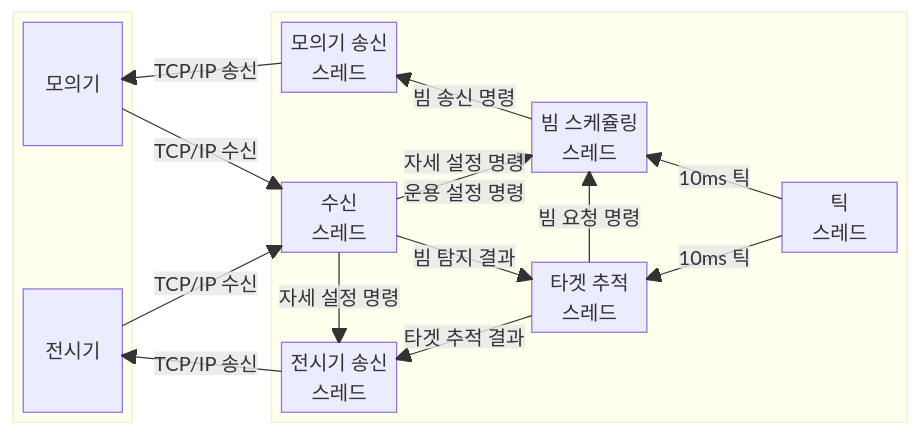
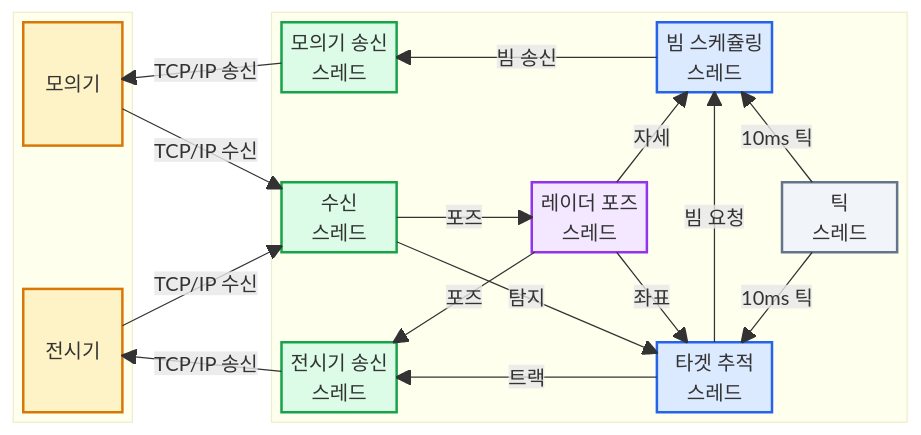
One commit to AESAlien/aesa-processor changed the second of 2 diagrams in README.md. Above: the diagram before and after it, drawn with Mermaid. The commit also changed other lines of this file and 114 other files, not shown here.

````diff
--- a/README.md
+++ b/README.md
@@ -36,34 +49,48 @@
 ```mermaid
 block-beta
     columns 7
 
     block:External:1
         columns 1
         Simulator["모의기"]
         space
         Console["전시기"]
     end
     space
     block:Processor:5
         columns 5
-        SimulatorSendWorker["모의기 송신<br/>스레드"] space:4
-        space:2 BeamWorker["빔 스케쥴링<br/>스레드"] space:2
-        CommReceiveWorker["수신<br/>스레드"] space:3 TickWorker["틱<br/>스레드"]
-        space:2 TargetWorker["타겟 추적<br/>스레드"] space:2
-        ConsoleSendWorker["전시기 송신<br/>스레드"] space:4
+        SimulatorSendWorker["모의기 송신<br/>스레드"] space:2 BeamWorker["빔 스케쥴링<br/>스레드"] space:1
+        space:5
+        CommReceiveWorker["수신<br/>스레드"] space PoseWorker["레이더 포즈<br/>스레드"] space:1 TickWorker["틱<br/>스레드"]
+        space:5
+        ConsoleSendWorker["전시기 송신<br/>스레드"] space:2 TargetWorker["타겟 추적<br/>스레드"] space
     end
 
-    Simulator-- "TCP/IP 수신" -->CommReceiveWorker
-    Console-- "TCP/IP 수신" -->CommReceiveWorker
-    SimulatorSendWorker-- "TCP/IP 송신" -->Simulator
-    ConsoleSendWorker-- "TCP/IP 송신" -->Console
+    Simulator -- "TCP/IP 수신" --> CommReceiveWorker
+    Console -- "TCP/IP 수신" --> CommReceiveWorker
+    SimulatorSendWorker -- "TCP/IP 송신" --> Simulator
+    ConsoleSendWorker -- "TCP/IP 송신" --> Console
 
-    TickWorker-- "10ms 틱" -->TargetWorker
-    TickWorker-- "10ms 틱" -->BeamWorker
-    CommReceiveWorker-- "빔 탐지 결과" -->TargetWorker
-    CommReceiveWorker-- "자세 설정 명령<br/>운용 설정 명령" -->BeamWorker
-    CommReceiveWorker-- "자세 설정 명령" -->ConsoleSendWorker
-    TargetWorker-- "빔 요청 명령" -->BeamWorker
-    TargetWorker-- "타겟 추적 결과" -->ConsoleSendWorker
-    BeamWorker-- "빔 송신 명령" -->SimulatorSendWorker
+    CommReceiveWorker -- "포즈" --> PoseWorker
+    CommReceiveWorker -- "탐지" --> TargetWorker
+    PoseWorker -- "포즈" --> ConsoleSendWorker
+    PoseWorker -- "자세" --> BeamWorker
+    PoseWorker -- "좌표" --> TargetWorker
+    TargetWorker -- "트랙" --> ConsoleSendWorker
+    TargetWorker -- "빔 요청" --> BeamWorker
+    BeamWorker -- "빔 송신" --> SimulatorSendWorker
+    TickWorker -- "10ms 틱" --> BeamWorker
+    TickWorker -- "10ms 틱" --> TargetWorker
+
+    classDef external fill:#FEF3C7,stroke:#D97706,color:#92400E,stroke-width:2px
+    classDef communication fill:#DCFCE7,stroke:#16A34A,color:#166534,stroke-width:2px
+    classDef processing fill:#DBEAFE,stroke:#2563EB,color:#1E40AF,stroke-width:2px
+    classDef utility fill:#F3E8FF,stroke:#9333EA,color:#6B21A8,stroke-width:2px
+    classDef control fill:#F1F5F9,stroke:#64748B,color:#334155,stroke-width:2px
+
+    class Simulator,Console external
+    class SimulatorSendWorker,CommReceiveWorker,ConsoleSendWorker communication
+    class BeamWorker,TargetWorker processing
+    class PoseWorker utility
+    class TickWorker control
 ```
````
